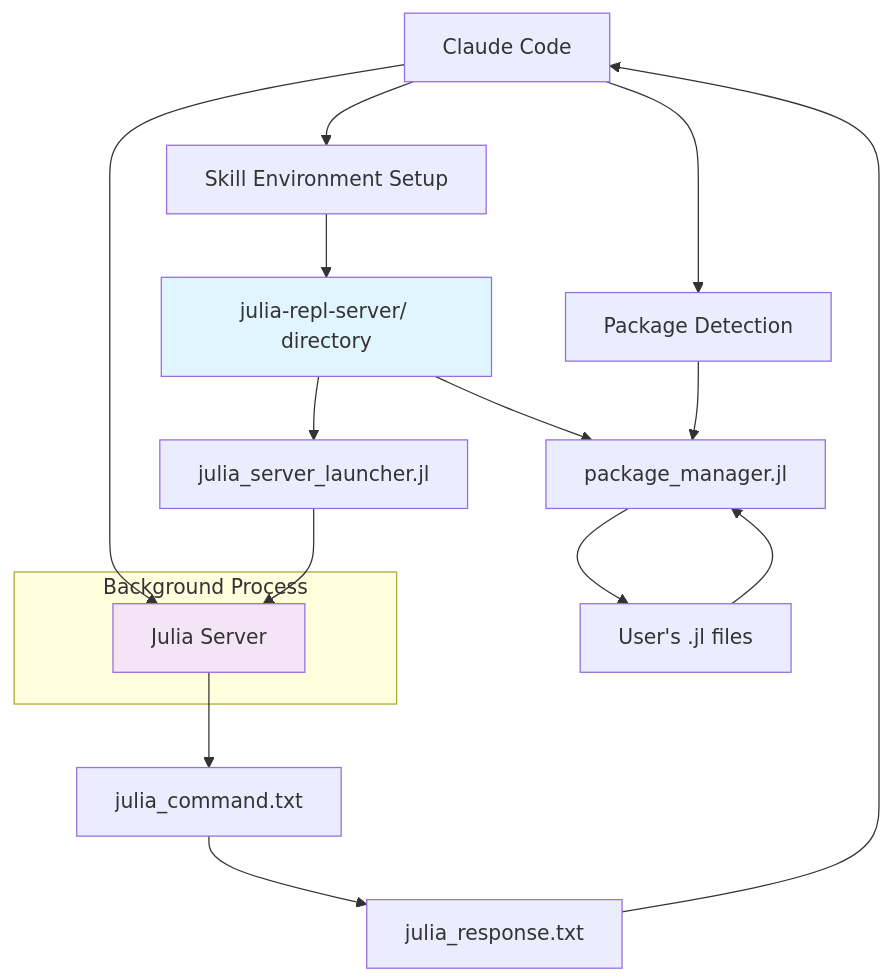
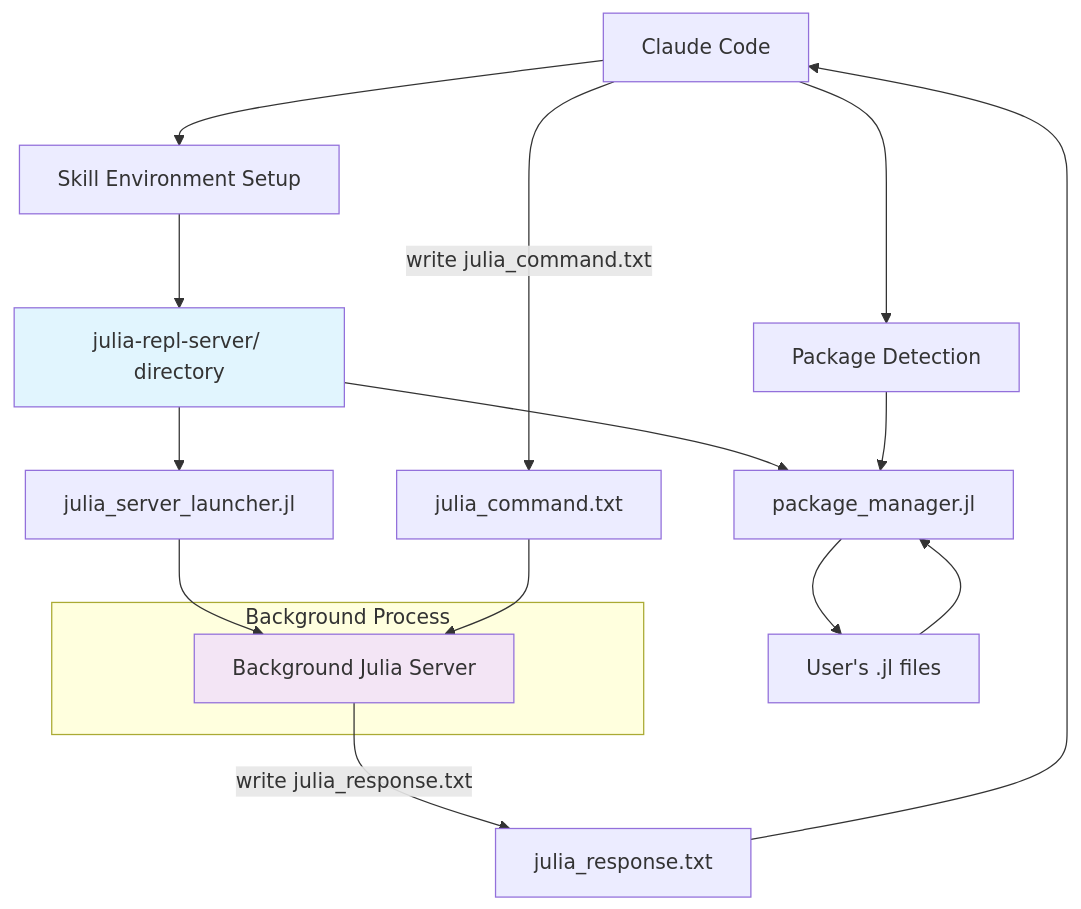
Before and after one commit to qute-lj/claude_skill_julia-repl-server: the diagram in SKILL.md, drawn with Mermaid.

Commit message:
🎨 Fix architecture diagram - correct file communication mechanism
Changes:
- Redraw architecture diagram to accurately reflect file-based communication
- Claude Code writes julia_command.txt → Julia Server reads and executes
- Julia Server writes julia_response.txt → Claude Code reads response
- Clear separation between setup flow and execution flow
- Proper labeling of file communication arrows

This now correctly represents the actual implementation where text files serve as the communication bridge between Claude Code and the background Julia server.

🤖 Generated with [Claude Code](https://claude.com/claude-code)

````diff
--- a/SKILL.md
+++ b/SKILL.md
@@ -28,22 +28,25 @@
 ```mermaid
 graph TD
     A[Claude Code] --> B[Skill Environment Setup]
     B --> C[julia-repl-server/ directory]
     C --> D[julia_server_launcher.jl]
     C --> E[package_manager.jl]
+
     A --> F[Package Detection]
     F --> E
     E --> G[User's .jl files]
     G --> E
-    A --> H[Julia Server]
-    H --> I[julia_command.txt]
-    I --> J[julia_response.txt]
+
+    D --> H[Background Julia Server]
+
+    A -- "write julia_command.txt" --> I[julia_command.txt]
+    I --> H
+    H -- "write julia_response.txt" --> J[julia_response.txt]
     J --> A
-    D --> H
 
     style C fill:#e1f5fe
     style H fill:#f3e5f5
     subgraph "Background Process"
         H
     end
 ```
````
